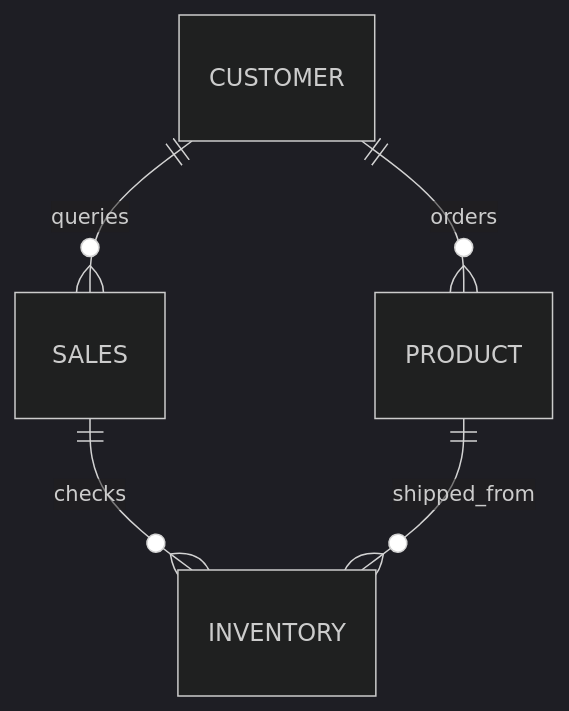
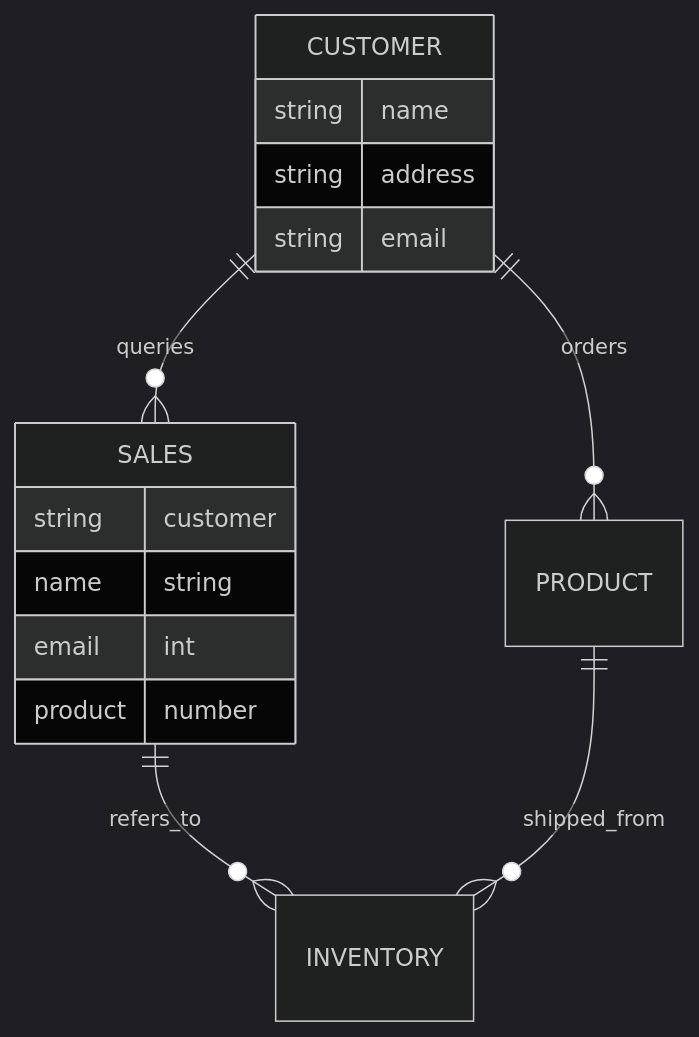
The diagram in NikeStore_ERD.md (bkhamilton1/bkhamilton1.github.io), drawn with Mermaid (dark theme) before and after one commit.

Commit message:
update nike

````diff
--- a/NikeStore_ERD.md
+++ b/NikeStore_ERD.md
@@ -1,7 +1,18 @@
 ```mermaid
 erDiagram
           CUSTOMER ||--o{ PRODUCT : orders
-          SALES ||--o{ INVENTORY : checks
+          CUSTOMER {
+            string name
+            string address
+            string email
+            }
+            
+            SALES ||--o{ INVENTORY : refers_to
+            SALES {
+            string customer name
+            string email
+            int product number
+            }
           CUSTOMER ||--o{ SALES : queries
           PRODUCT ||--o{ INVENTORY : shipped_from
 ```
````
